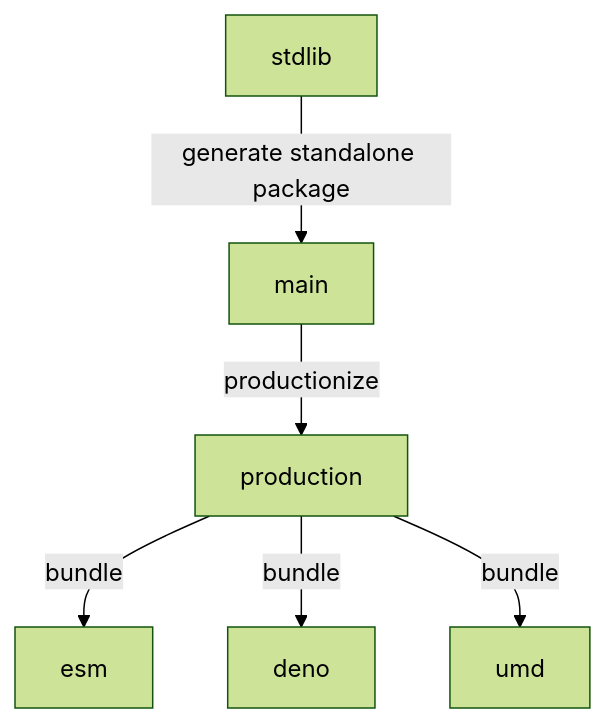
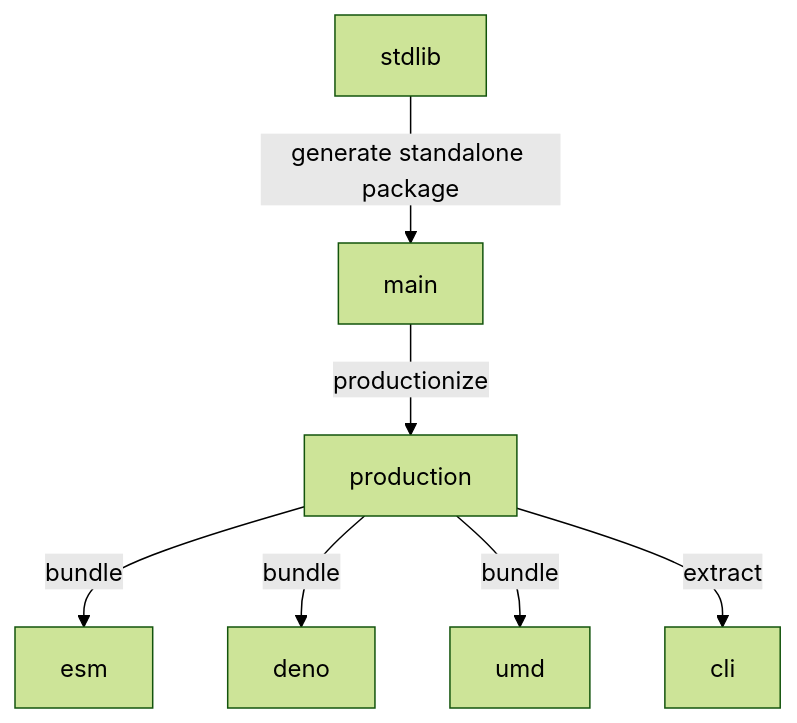
The diagram in branches.md (stdlib-js/string-remove-words), drawn with Mermaid (forest theme) before and after one commit. The commit also changed other lines of this file and 8 other files, not shown here.

````diff
--- a/branches.md
+++ b/branches.md
@@ -33,15 +34,17 @@
 ```mermaid
 graph TD;
 A[stdlib]-->|generate standalone package|B;
 B[main] -->|productionize| C[production];
 C -->|bundle| D[esm];
 C -->|bundle| E[deno];
 C -->|bundle| F[umd];
+C -->|extract| G[cli];
 
-click A href "https://github.com/stdlib-js/stdlib/tree/develop/lib/node_modules/%40stdlib/string/remove-words"
-click B href "https://github.com/stdlib-js/string-remove-words/tree/main"
-click C href "https://github.com/stdlib-js/string-remove-words/tree/production"
-click D href "https://github.com/stdlib-js/string-remove-words/tree/esm"
-click E href "https://github.com/stdlib-js/string-remove-words/tree/deno"
-click F href "https://github.com/stdlib-js/string-remove-words/tree/umd"
+%% click A href "https://github.com/stdlib-js/stdlib/tree/develop/lib/node_modules/%40stdlib/string/remove-words"
+%% click B href "https://github.com/stdlib-js/string-remove-words/tree/main"
+%% click C href "https://github.com/stdlib-js/string-remove-words/tree/production"
+%% click D href "https://github.com/stdlib-js/string-remove-words/tree/esm"
+%% click E href "https://github.com/stdlib-js/string-remove-words/tree/deno"
+%% click F href "https://github.com/stdlib-js/string-remove-words/tree/umd"
+%% click G href "https://github.com/stdlib-js/string-remove-words/tree/cli"
 ```
````
